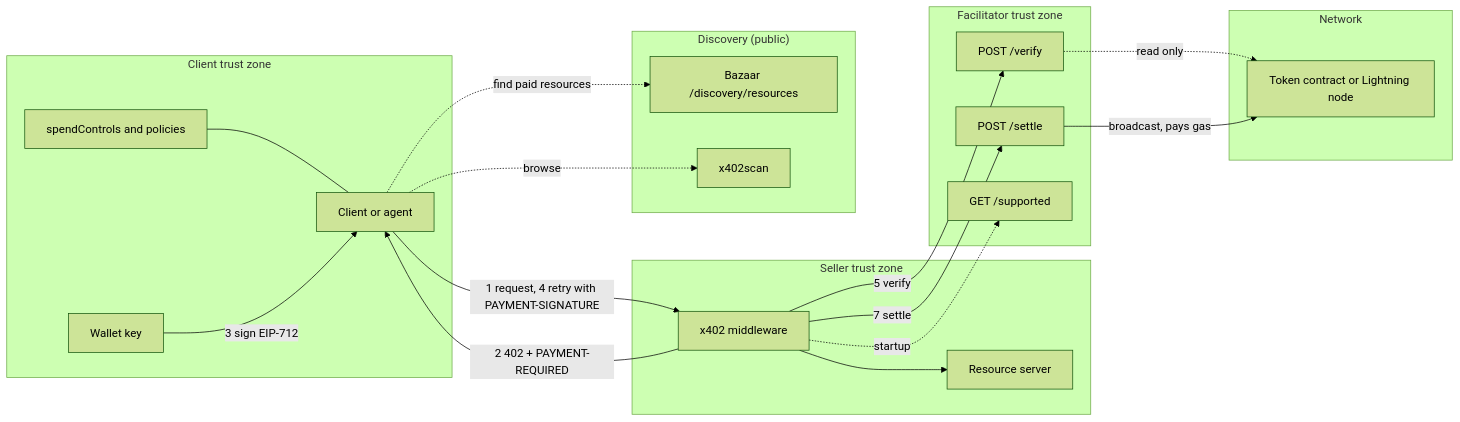
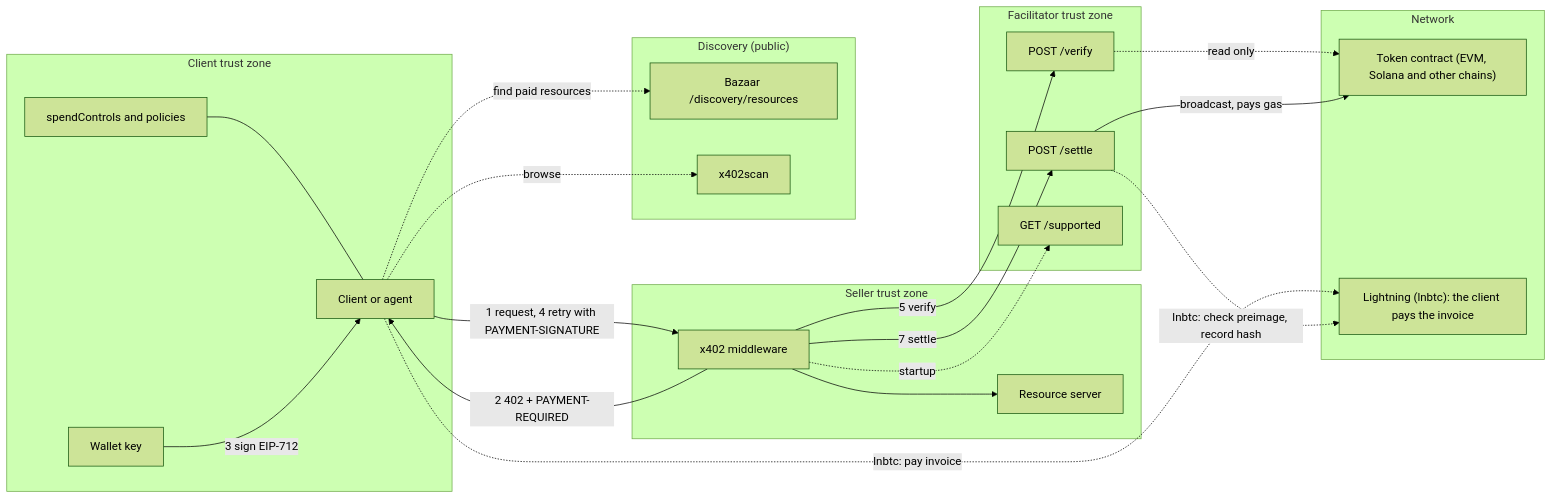
The diagram in src/content/diagrams/x402-context.mmd (mercesAI/agentic-rails-atlas), drawn with Mermaid (forest theme) before and after one commit. The commit also changed 114 other files, not shown here.

```diff
--- a/src/content/diagrams/x402-context.mmd
+++ b/src/content/diagrams/x402-context.mmd
@@ -1,34 +1,37 @@
 flowchart LR
   subgraph CZ["Client trust zone"]
     AG["Client or agent"]
     WK["Wallet key"]
     SC["spendControls and policies"]
   end
   subgraph SZ["Seller trust zone"]
     RS["Resource server"]
     MW["x402 middleware"]
   end
   subgraph FZ["Facilitator trust zone"]
     FV["POST /verify"]
     FS["POST /settle"]
     FSUP["GET /supported"]
   end
   subgraph NZ["Network"]
-    TK["Token contract or Lightning node"]
+    TK["Token contract (EVM, Solana and other chains)"]
+    LN["Lightning (lnbtc): the client pays the invoice"]
   end
   subgraph DZ["Discovery (public)"]
     BZ["Bazaar /discovery/resources"]
     XS["x402scan"]
   end
   AG -- "1 request, 4 retry with PAYMENT-SIGNATURE" --> MW
   MW -- "2 402 + PAYMENT-REQUIRED" --> AG
   SC --- AG
   WK -- "3 sign EIP-712" --> AG
   MW --> RS
   MW -- "5 verify" --> FV
   MW -- "7 settle" --> FS
   FV -. "read only" .-> TK
   FS -- "broadcast, pays gas" --> TK
+  AG -. "lnbtc: pay invoice" .-> LN
+  FS -. "lnbtc: check preimage, record hash" .-> LN
   MW -. "startup" .-> FSUP
   AG -. "find paid resources" .-> BZ
   AG -. "browse" .-> XS
```
